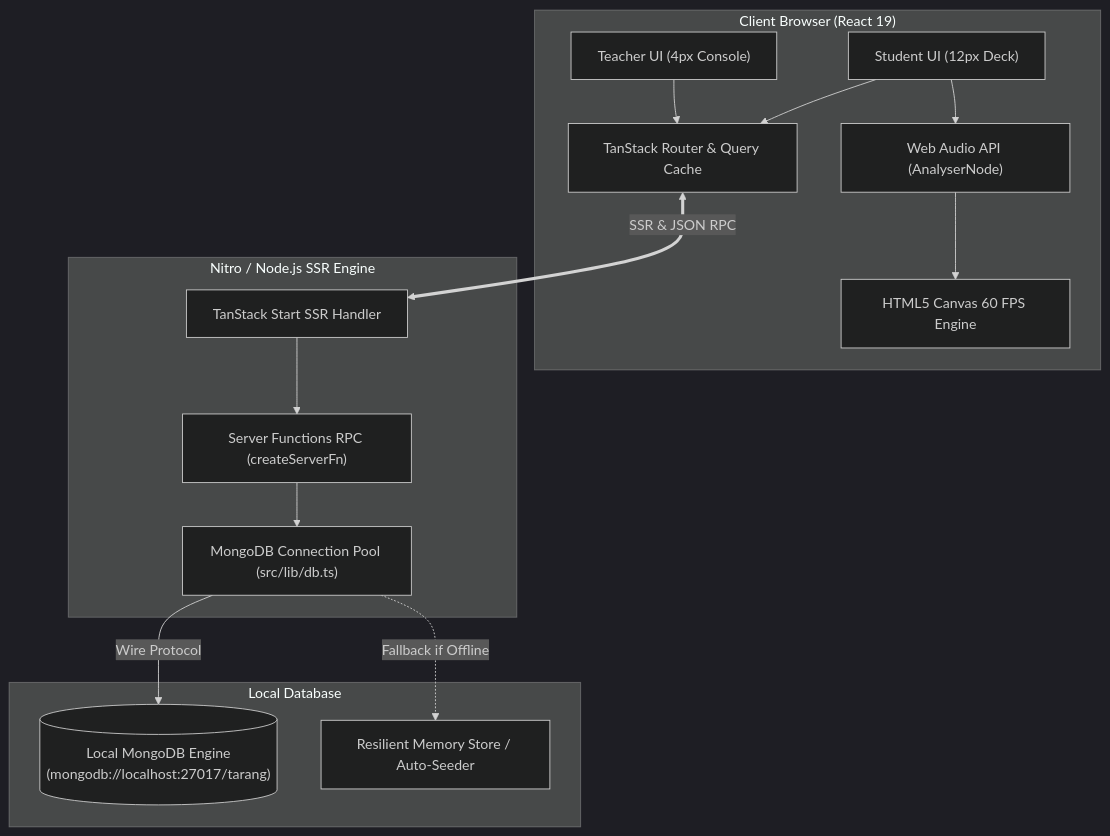
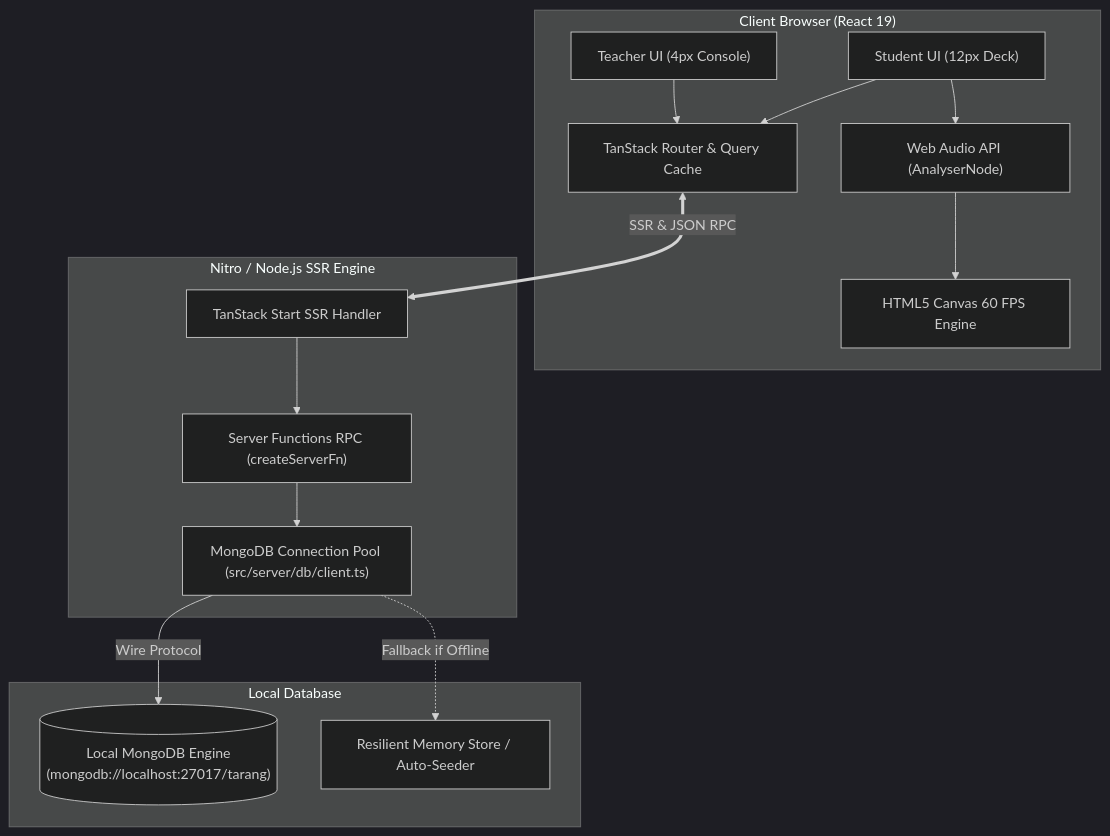
Before and after one commit to shaddy-pv/T-Trounce: the diagram in docs/ARCHITECTURE.md, drawn with Mermaid (dark theme). The commit also changed 181 other files, not shown here.

````diff
--- a/docs/ARCHITECTURE.md
+++ b/docs/ARCHITECTURE.md
@@ -5,34 +5,34 @@
 ```mermaid
 graph TD
     subgraph Browser ["Client Browser (React 19)"]
         UI_Student["Student UI (12px Deck)"]
         UI_Teacher["Teacher UI (4px Console)"]
         WebAudio["Web Audio API (AnalyserNode)"]
         TSRouter["TanStack Router & Query Cache"]
         Canvas["HTML5 Canvas 60 FPS Engine"]
 
         UI_Student --> WebAudio
         WebAudio --> Canvas
         UI_Student --> TSRouter
         UI_Teacher --> TSRouter
     end
 
     subgraph Server ["Nitro / Node.js SSR Engine"]
         StartHandler["TanStack Start SSR Handler"]
         ServerFns["Server Functions RPC (createServerFn)"]
-        DBHelper["MongoDB Connection Pool (src/lib/db.ts)"]
+        DBHelper["MongoDB Connection Pool (src/server/db/client.ts)"]
 
         StartHandler --> ServerFns
         ServerFns --> DBHelper
     end
 
     subgraph DataStore ["Local Database"]
         MongoDB[("Local MongoDB Engine\n(mongodb://localhost:27017/tarang)")]
         FallbackCache["Resilient Memory Store / Auto-Seeder"]
 
         DBHelper -->|Wire Protocol| MongoDB
         DBHelper -.->|Fallback if Offline| FallbackCache
     end
 
     TSRouter <==>|SSR & JSON RPC| StartHandler
 ```
````
